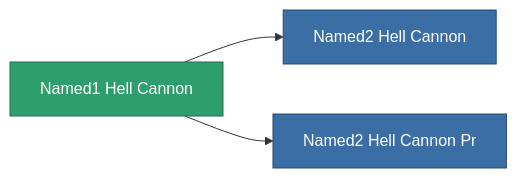
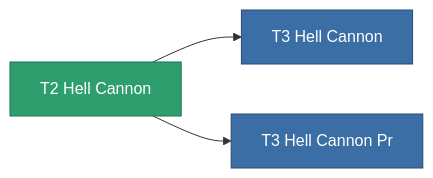
The diagram in content/content/items/named1_hell_cannon.md (OpenPerpetuum/Wiki), drawn with Mermaid before and after one commit. The commit also changed other lines of this file and 4904 other files, not shown here.

````diff
--- a/content/content/items/named1_hell_cannon.md
+++ b/content/content/items/named1_hell_cannon.md
@@ -70,13 +52,13 @@
 ```mermaid
 graph LR
-    a["Named1 Hell Cannon"]:::current
-    b["Named2 Hell Cannon"]:::prod
+    a["T2 Hell Cannon"]:::current
+    b["T3 Hell Cannon"]:::prod
     a --> b
-    click b "/content/items/named2-hell-cannon/" "Named2 Hell Cannon"
-    c["Named2 Hell Cannon Pr"]:::prod
+    click b "/content/items/named2-hell-cannon/" "T3 Hell Cannon"
+    c["T3 Hell Cannon Pr"]:::prod
     a --> c
-    click c "/content/items/named2-hell-cannon-pr/" "Named2 Hell Cannon Pr"
+    click c "/content/items/named2-hell-cannon-pr/" "T3 Hell Cannon Pr"
     classDef current fill:#2f9e6f,stroke:#1f6f4a,color:#ffffff
     classDef prod fill:#3b6ea5,stroke:#274a75,color:#ffffff
     classDef more fill:#39445a,stroke:#54658a,color:#d5dbe8
 ```
````
